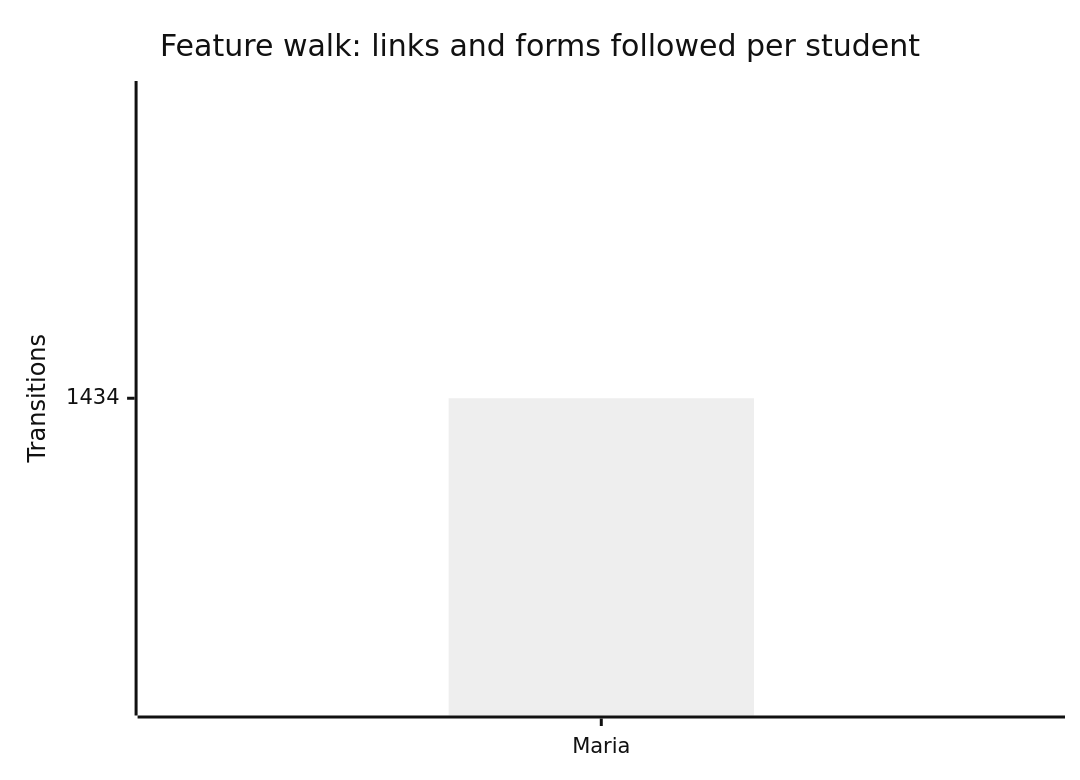
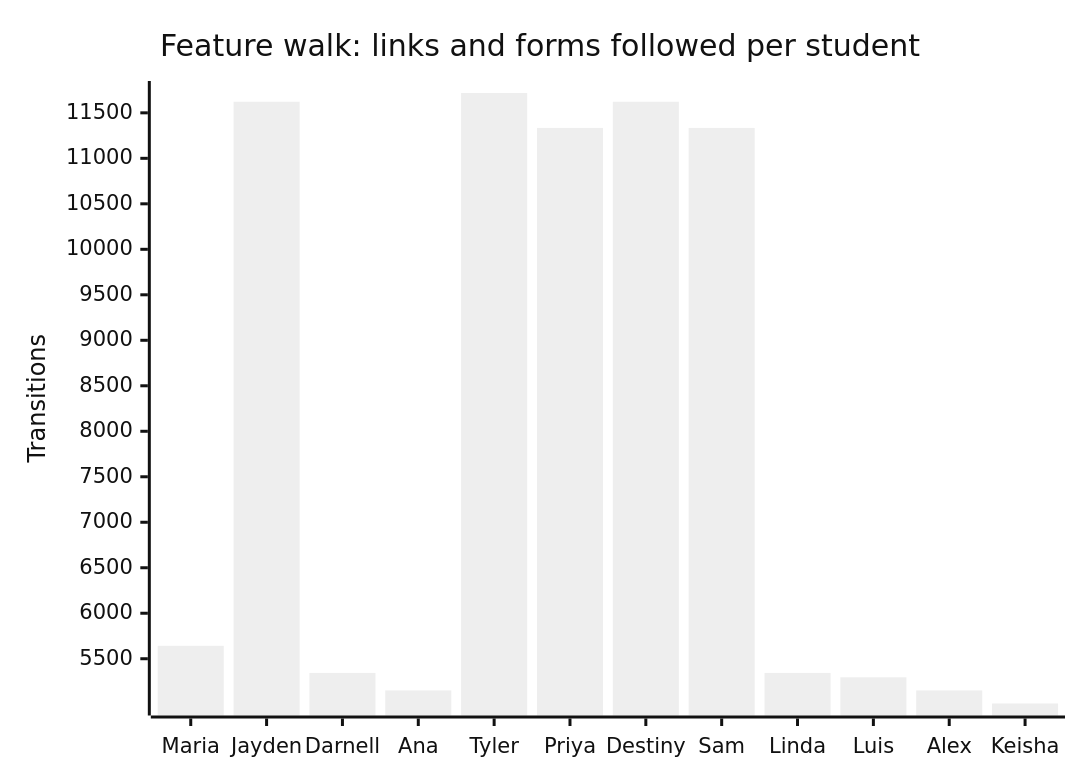
Before and after one commit to russlittle/ZTHR: the third of 3 diagrams in docs/testing/coverage.md, drawn with Mermaid (neutral theme). The commit also changed other lines of this file and 10 other files, not shown here.

````diff
--- a/docs/testing/coverage.md
+++ b/docs/testing/coverage.md
@@ -62,7 +62,7 @@
 ```mermaid
 xychart-beta
   title "Feature walk: links and forms followed per student"
-  x-axis ["Maria"]
+  x-axis ["Maria", "Jayden", "Darnell", "Ana", "Tyler", "Priya", "Destiny", "Sam", "Linda", "Luis", "Alex", "Keisha"]
   y-axis "Transitions"
-  bar [1434]
+  bar [5642, 11622, 5344, 5152, 11718, 11334, 11622, 11334, 5344, 5296, 5152, 5008]
 ```
````
